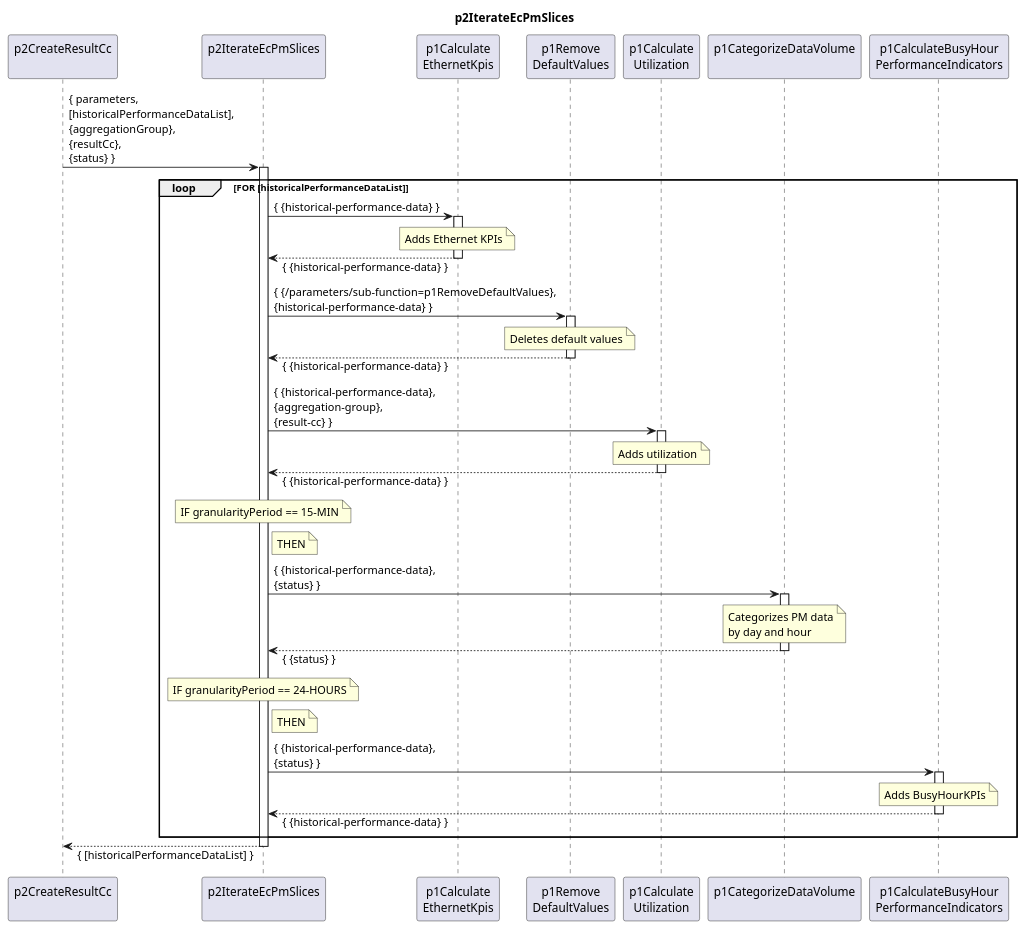
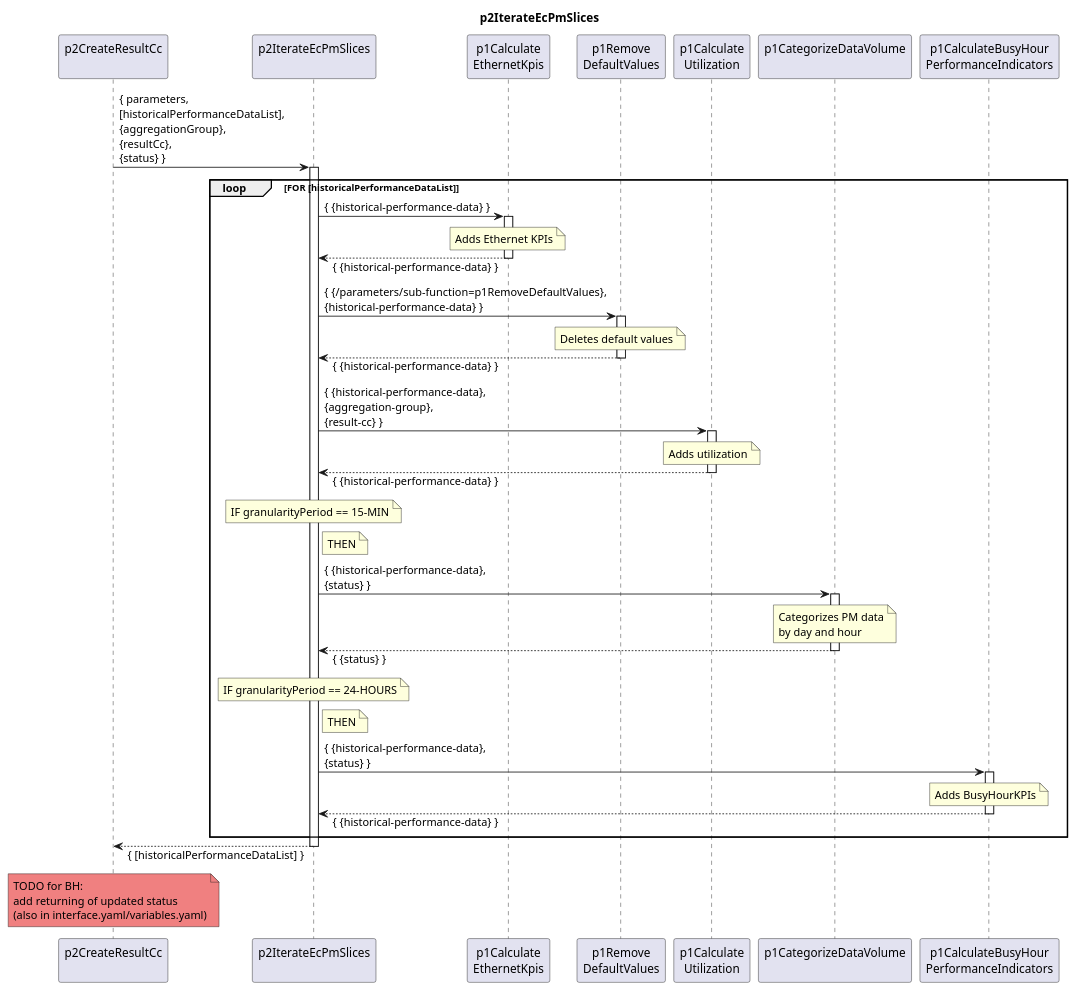
Before and after one commit to openBackhaul/DevicePerformanceManagementDataProcessor: the diagram in spec/Functions/p1StreamPmData/p2ProcessDevice/p2CreateResultCc/p2IterateEcPmSlices/1.0.0/p2IterateEcPmSlices.plantuml, drawn with PlantUML. The commit also changed 1 other file, not shown here.

Commit message:
add reminder to diagram for BH change

```diff
--- a/spec/Functions/p1StreamPmData/p2ProcessDevice/p2CreateResultCc/p2IterateEcPmSlices/1.0.0/p2IterateEcPmSlices.plantuml
+++ b/spec/Functions/p1StreamPmData/p2ProcessDevice/p2CreateResultCc/p2IterateEcPmSlices/1.0.0/p2IterateEcPmSlices.plantuml
@@ -1,86 +1,93 @@
 @startuml p2IterateEcPmSlices
 skinparam responseMessageBelowArrow true
 
 title
   p2IterateEcPmSlices
 end title
 
 participant "p2CreateResultCc\n" as cur
 
 participant "p2IterateEcPmSlices\n" as iterateSlices
 participant "p1Calculate\nEthernetKpis" as intCC
 participant "p1Remove\nDefaultValues" as p1RemDefault
 participant "p1Calculate\nUtilization" as p1CalcUtil
 participant "p1CategorizeDataVolume\n" as p1CatDataVo
 participant "p1CalculateBusyHour\nPerformanceIndicators" as p1CalcBH
 
 cur -> iterateSlices : { parameters,\n[historicalPerformanceDataList],\n{aggregationGroup},\n{resultCc},\n{status} }
 activate iterateSlices
 
   loop FOR [historicalPerformanceDataList]
 
     iterateSlices -> intCC : { {historical-performance-data} }
     activate intCC
       note over intCC
         Adds Ethernet KPIs
       end note
     iterateSlices <-- intCC: { {historical-performance-data} }
     deactivate intCC
 
     iterateSlices -> p1RemDefault : { {/parameters/sub-function=p1RemoveDefaultValues},\n{historical-performance-data} }
     activate p1RemDefault
       note over p1RemDefault
         Deletes default values
       end note
     iterateSlices <-- p1RemDefault: { {historical-performance-data} }
     deactivate p1RemDefault
 
     iterateSlices -> p1CalcUtil : { {historical-performance-data},\n{aggregation-group},\n{result-cc} }
     activate p1CalcUtil
       note over p1CalcUtil
         Adds utilization
       end note
     iterateSlices <-- p1CalcUtil: { {historical-performance-data} }
     deactivate p1CalcUtil
 
     note over iterateSlices
       IF granularityPeriod == 15-MIN
     end note
 
     note right iterateSlices
       THEN
     end note
 
     iterateSlices -> p1CatDataVo : { {historical-performance-data},\n{status} }
     activate p1CatDataVo
       note over p1CatDataVo
         Categorizes PM data
         by day and hour
       end note
     iterateSlices <-- p1CatDataVo: { {status} }
     deactivate p1CatDataVo
 
     note over iterateSlices
       IF granularityPeriod == 24-HOURS
     end note
 
     note right iterateSlices
       THEN
     end note
 
     iterateSlices -> p1CalcBH : { {historical-performance-data},\n{status} }
     activate p1CalcBH
       note over p1CalcBH
         Adds BusyHourKPIs
       end note
     iterateSlices <-- p1CalcBH: { {historical-performance-data} }
     deactivate p1CalcBH
 
   end loop
 
 cur <-- iterateSlices : { [historicalPerformanceDataList] }
 deactivate iterateSlices
 
+note over cur #LightCoral
+  TODO for BH:
+  add returning of updated status
+  (also in interface.yaml/variables.yaml)
+end note
+
+
 deactivate cur
 
 @enduml
```
